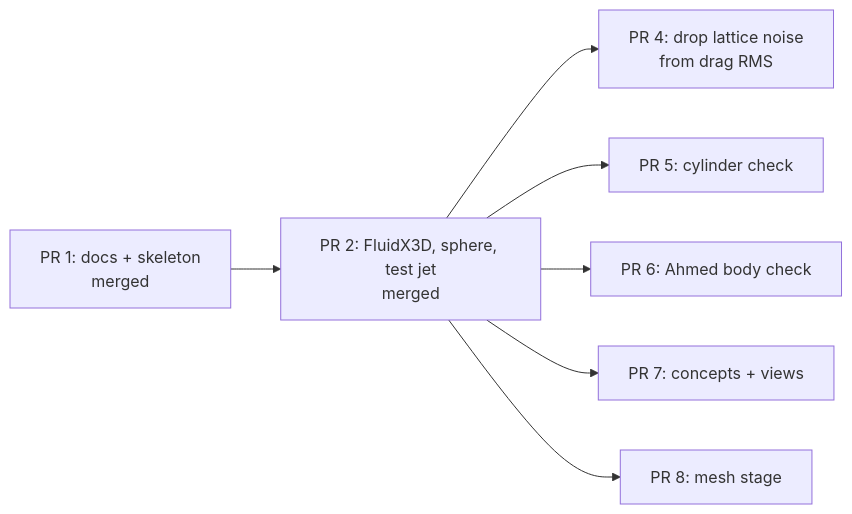
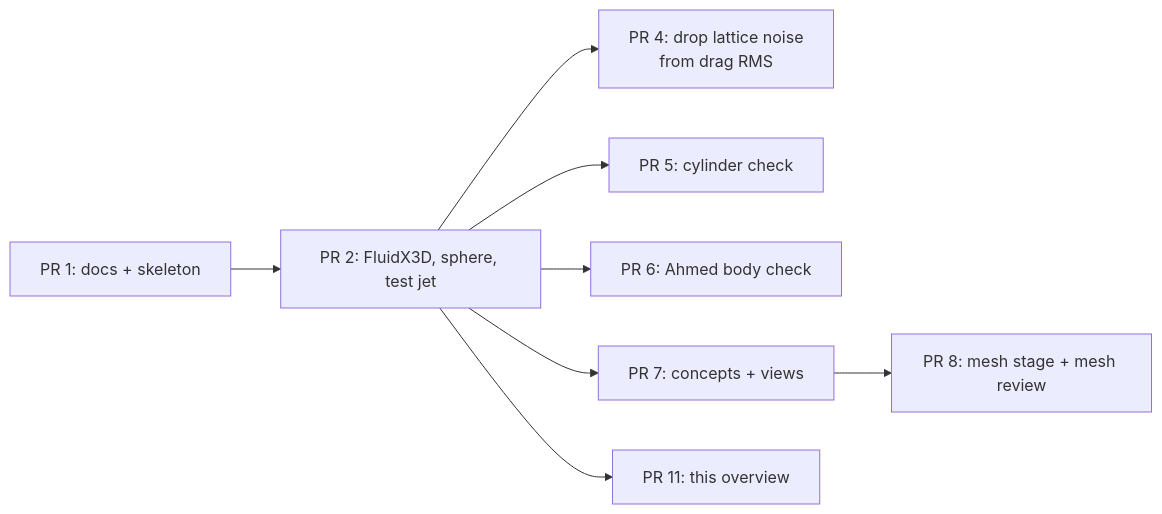
One commit to Hrrsmjd/flowarc changed the fourth of 5 diagrams in docs/overview.md. Above: the diagram before and after it, drawn with Mermaid. The commit also changed other lines of this file, not shown here.

Commit message:
Overview: all PRs merged, bake-off result, mesh done

````diff
--- a/docs/overview.md
+++ b/docs/overview.md
@@ -94,9 +96,10 @@
 ```mermaid
 flowchart LR
-    P1[PR 1: docs + skeleton<br/>merged] --> P2[PR 2: FluidX3D, sphere, test jet<br/>merged]
+    P1[PR 1: docs + skeleton] --> P2[PR 2: FluidX3D, sphere, test jet]
     P2 --> P4[PR 4: drop lattice noise<br/>from drag RMS]
     P2 --> P5[PR 5: cylinder check]
     P2 --> P6[PR 6: Ahmed body check]
     P2 --> P7[PR 7: concepts + views]
-    P2 --> P8[PR 8: mesh stage]
+    P7 --> P8[PR 8: mesh stage + mesh review]
+    P2 --> P11[PR 11: this overview]
 ```
````
